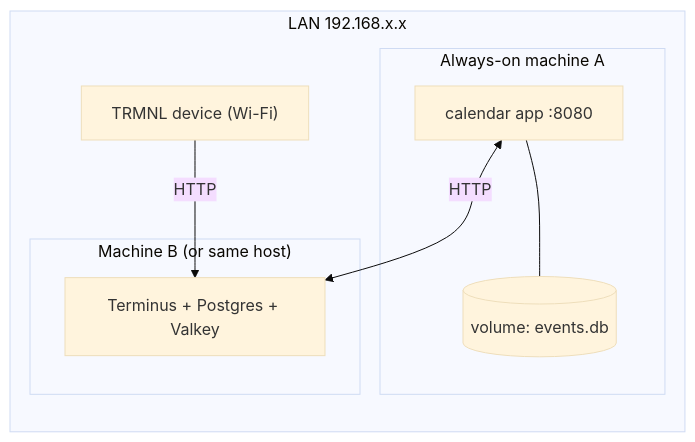
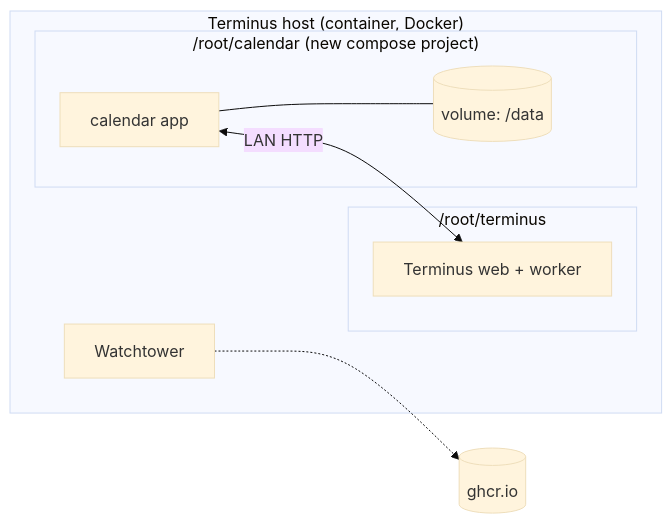
One commit to sirvishal-homelab/homelab changed the fourth of 4 diagrams in trmnl-calendar/docs/02-architecture.md. Above: the diagram before and after it, drawn with Mermaid (base theme). The commit also changed other lines of this file and 49 other files, not shown here.

First line of the commit message:
docs: complete trmnl-calendar design set (docs 00-18, ADRs 0001-0010)

````diff
--- a/trmnl-calendar/docs/02-architecture.md
+++ b/trmnl-calendar/docs/02-architecture.md
@@ -134,16 +160,17 @@
 ```mermaid
 flowchart LR
-  subgraph lan["LAN 192.168.x.x"]
-    subgraph host1["Always-on machine A"]
-      calendar["calendar app :8080"]
-      vol[("volume: events.db")]
+  subgraph host["Terminus host (container, Docker)"]
+    subgraph tproj["/root/terminus"]
+      tm["Terminus web + worker"]
     end
-    subgraph host2["Machine B (or same host)"]
-      tm["Terminus + Postgres + Valkey"]
+    subgraph cproj["/root/calendar (new compose project)"]
+      cal["calendar app"]
+      vol[("volume: /data")]
     end
-    dev["TRMNL device (Wi-Fi)"]
+    wt["Watchtower"]
   end
-  calendar --- vol
-  calendar <-->|HTTP| tm
-  dev -->|HTTP| tm
+  ghcr[("ghcr.io")]
+  cal --- vol
+  wt -.-> ghcr
+  cal <-->|"LAN HTTP"| tm
 ```
````
